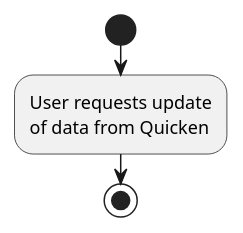
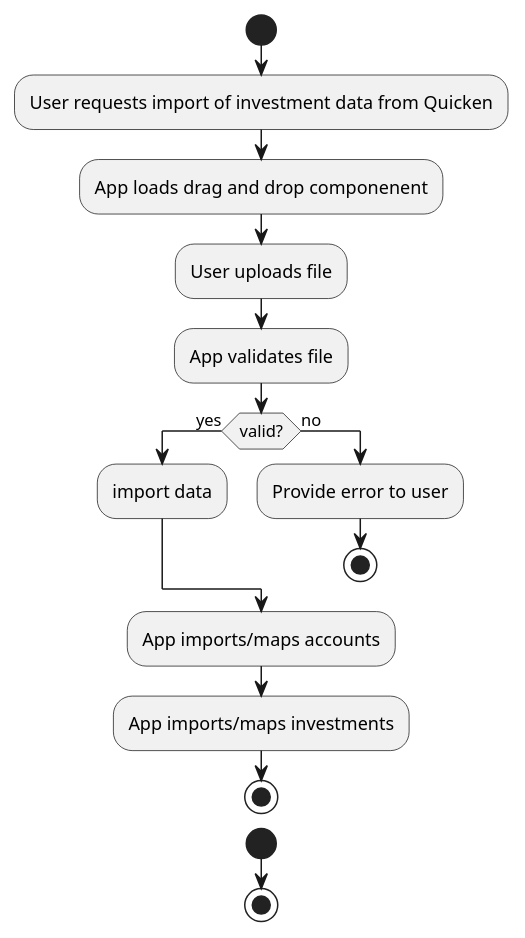
The diagram in activities.plantUML (tim-rohrer/quicken-data-extractor), drawn with PlantUML before and after one commit. The commit also changed 1 other file, not shown here.

Commit message:
docs: Add use case and update activities

```diff
--- a/activities.plantUML
+++ b/activities.plantUML
@@ -1,6 +1,18 @@
-@startuml
+@startuml Activities
 start
-:User requests update
-of data from Quicken;
+:User requests import of investment data from Quicken;
+:App loads drag and drop componenent;
+:User uploads file;
+:App validates file;
+if (valid?) then (yes)
+  :import data;
+else (no)
+  :Provide error to user;
+  stop
+endif
+:App imports/maps accounts;
+:App imports/maps investments;
+stop
+start
 stop
 @enduml
```
